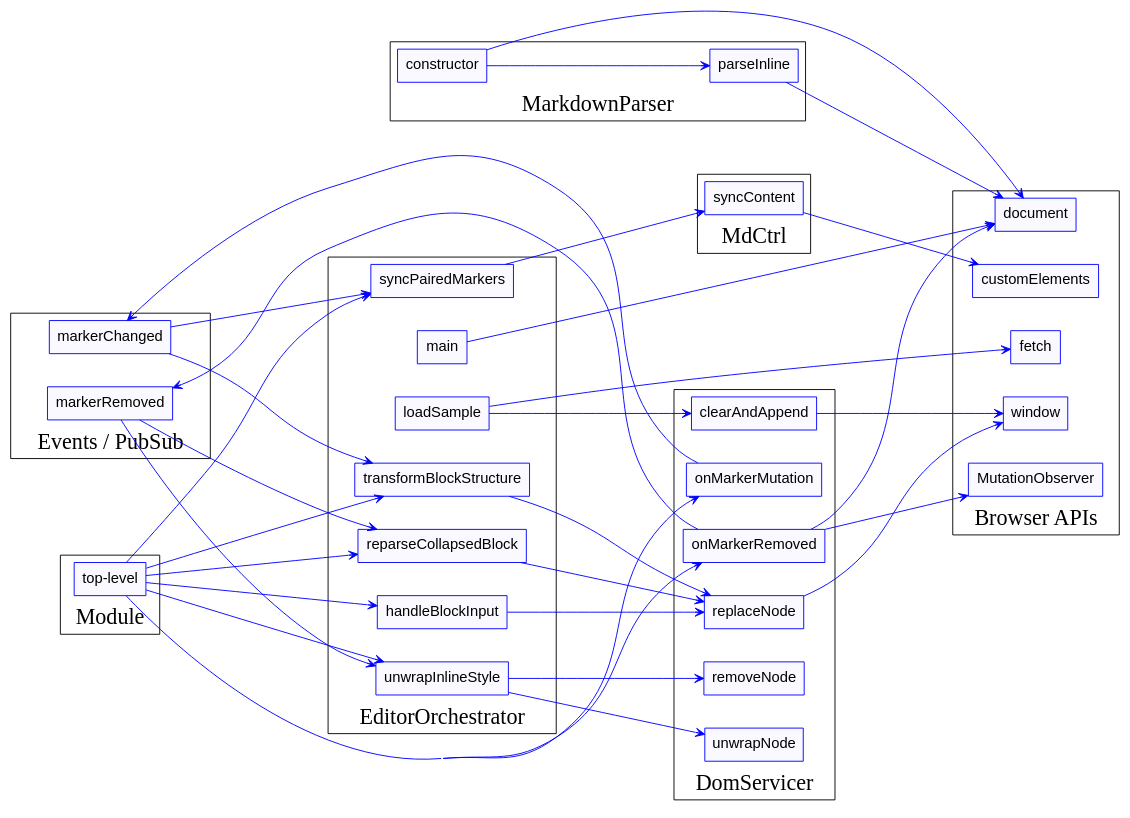
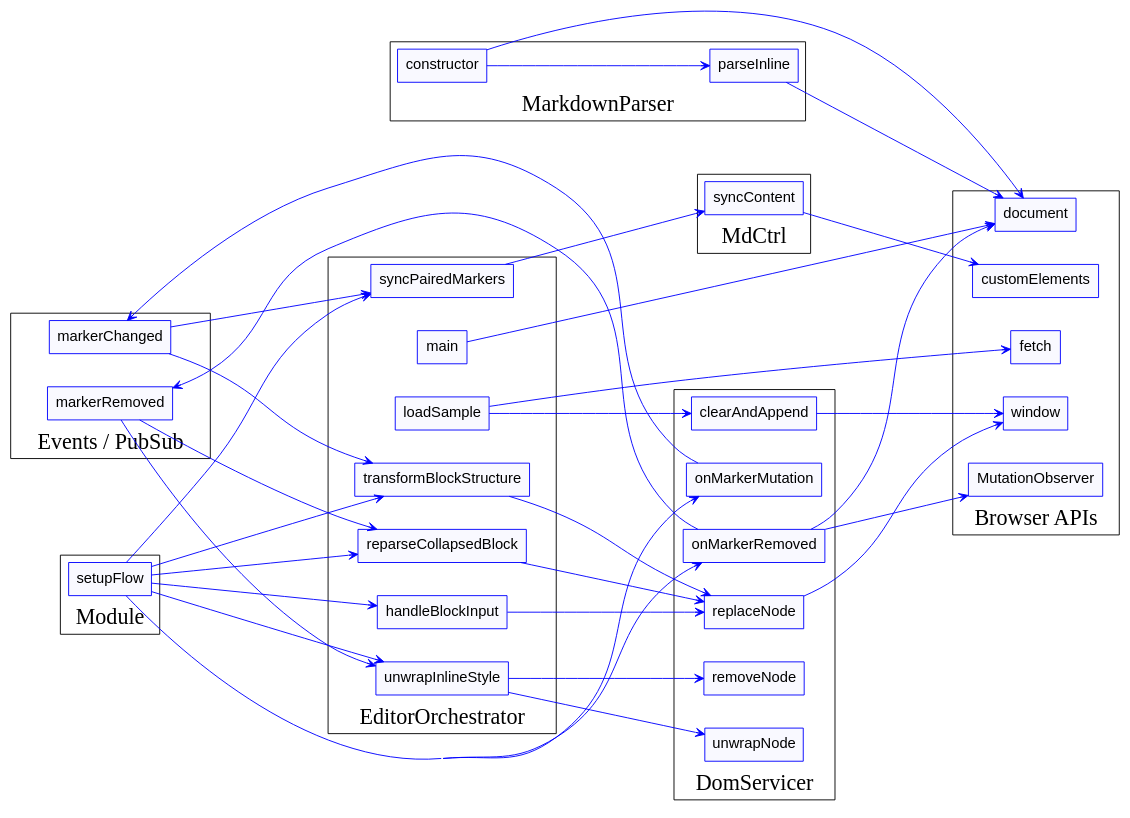
Before and after one commit to invisement/markdown-presentation: the diagram in reports/logic-graph.dot, drawn with Graphviz.

Commit message:
docs: finalize iteration 4 with polished dependency graph

```diff
--- a/reports/logic-graph.dot
+++ b/reports/logic-graph.dot
@@ -1,81 +1,81 @@
 digraph logic {
   graph [fontsize=24; rankdir="LR"; labelloc="b"; concentrate=true; overlap=false; splines=true; color=black; nodesep=0.5; ranksep=2;];
   node [shape=box, fontsize=16, color=blue, fontname="Arial", style=filled, fillcolor="#f9f9ff"];
   edge [fontsize=12, color=blue, arrowhead=vee];
 
   subgraph "cluster_EditorOrchestrator" {
     label = "EditorOrchestrator";
     "editor-orchestrator.ts:EditorOrchestrator:syncPairedMarkers" [label="syncPairedMarkers"];
     "editor-orchestrator.ts:EditorOrchestrator:transformBlockStructure" [label="transformBlockStructure"];
     "editor-orchestrator.ts:EditorOrchestrator:reparseCollapsedBlock" [label="reparseCollapsedBlock"];
     "editor-orchestrator.ts:EditorOrchestrator:unwrapInlineStyle" [label="unwrapInlineStyle"];
     "editor-orchestrator.ts:EditorOrchestrator:handleBlockInput" [label="handleBlockInput"];
     "editor-orchestrator.ts:EditorOrchestrator:loadSample" [label="loadSample"];
     "editor-orchestrator.ts:EditorOrchestrator:main" [label="main"];
   }
   subgraph "cluster_MdCtrl" {
     label = "MdCtrl";
     "dom-servicer.ts:MdCtrl:syncContent" [label="syncContent"];
   }
   subgraph "cluster_DomServicer" {
     label = "DomServicer";
     "dom-servicer.ts:DomServicer:replaceNode" [label="replaceNode"];
     "dom-servicer.ts:DomServicer:removeNode" [label="removeNode"];
     "dom-servicer.ts:DomServicer:unwrapNode" [label="unwrapNode"];
     "dom-servicer.ts:DomServicer:clearAndAppend" [label="clearAndAppend"];
     "dom-servicer.ts:DomServicer:onMarkerMutation" [label="onMarkerMutation"];
     "dom-servicer.ts:DomServicer:onMarkerRemoved" [label="onMarkerRemoved"];
   }
   subgraph "cluster_pubsub_ts_Module" {
     label = "Module";
-    "pubsub.ts:Module:top-level" [label="top-level"];
+    "pubsub.ts:Module:setupFlow" [label="setupFlow"];
   }
   subgraph "cluster_MarkdownParser" {
     label = "MarkdownParser";
     "markdown-parser.ts:MarkdownParser:constructor" [label="constructor"];
     "markdown-parser.ts:MarkdownParser:parseInline" [label="parseInline"];
   }
   subgraph cluster_events {
     label = "Events / PubSub";
     "Topic:markerChanged" [label="markerChanged"];
     "Topic:markerRemoved" [label="markerRemoved"];
   }
   subgraph cluster_browser {
     label = "Browser APIs";
     "Browser:fetch" [label="fetch"];
     "Browser:document" [label="document"];
     "Browser:customElements" [label="customElements"];
     "Browser:MutationObserver" [label="MutationObserver"];
     "Browser:window" [label="window"];
   }
   "Topic:markerChanged" -> "editor-orchestrator.ts:EditorOrchestrator:syncPairedMarkers";
   "Topic:markerChanged" -> "editor-orchestrator.ts:EditorOrchestrator:transformBlockStructure";
   "Topic:markerRemoved" -> "editor-orchestrator.ts:EditorOrchestrator:reparseCollapsedBlock";
   "Topic:markerRemoved" -> "editor-orchestrator.ts:EditorOrchestrator:unwrapInlineStyle";
   "dom-servicer.ts:DomServicer:clearAndAppend" -> "Browser:window";
   "dom-servicer.ts:DomServicer:onMarkerMutation" -> "Topic:markerChanged";
   "dom-servicer.ts:DomServicer:onMarkerRemoved" -> "Browser:MutationObserver";
   "dom-servicer.ts:DomServicer:onMarkerRemoved" -> "Browser:document";
   "dom-servicer.ts:DomServicer:onMarkerRemoved" -> "Topic:markerRemoved";
   "dom-servicer.ts:DomServicer:replaceNode" -> "Browser:window";
   "dom-servicer.ts:MdCtrl:syncContent" -> "Browser:customElements";
   "editor-orchestrator.ts:EditorOrchestrator:handleBlockInput" -> "dom-servicer.ts:DomServicer:replaceNode";
   "editor-orchestrator.ts:EditorOrchestrator:loadSample" -> "Browser:fetch";
   "editor-orchestrator.ts:EditorOrchestrator:loadSample" -> "dom-servicer.ts:DomServicer:clearAndAppend";
   "editor-orchestrator.ts:EditorOrchestrator:main" -> "Browser:document";
   "editor-orchestrator.ts:EditorOrchestrator:reparseCollapsedBlock" -> "dom-servicer.ts:DomServicer:replaceNode";
   "editor-orchestrator.ts:EditorOrchestrator:syncPairedMarkers" -> "dom-servicer.ts:MdCtrl:syncContent";
   "editor-orchestrator.ts:EditorOrchestrator:transformBlockStructure" -> "dom-servicer.ts:DomServicer:replaceNode";
   "editor-orchestrator.ts:EditorOrchestrator:unwrapInlineStyle" -> "dom-servicer.ts:DomServicer:removeNode";
   "editor-orchestrator.ts:EditorOrchestrator:unwrapInlineStyle" -> "dom-servicer.ts:DomServicer:unwrapNode";
   "markdown-parser.ts:MarkdownParser:constructor" -> "Browser:document";
   "markdown-parser.ts:MarkdownParser:constructor" -> "markdown-parser.ts:MarkdownParser:parseInline";
   "markdown-parser.ts:MarkdownParser:parseInline" -> "Browser:document";
-  "pubsub.ts:Module:top-level" -> "dom-servicer.ts:DomServicer:onMarkerMutation";
-  "pubsub.ts:Module:top-level" -> "dom-servicer.ts:DomServicer:onMarkerRemoved";
-  "pubsub.ts:Module:top-level" -> "editor-orchestrator.ts:EditorOrchestrator:handleBlockInput";
-  "pubsub.ts:Module:top-level" -> "editor-orchestrator.ts:EditorOrchestrator:reparseCollapsedBlock";
-  "pubsub.ts:Module:top-level" -> "editor-orchestrator.ts:EditorOrchestrator:syncPairedMarkers";
-  "pubsub.ts:Module:top-level" -> "editor-orchestrator.ts:EditorOrchestrator:transformBlockStructure";
-  "pubsub.ts:Module:top-level" -> "editor-orchestrator.ts:EditorOrchestrator:unwrapInlineStyle";
+  "pubsub.ts:Module:setupFlow" -> "dom-servicer.ts:DomServicer:onMarkerMutation";
+  "pubsub.ts:Module:setupFlow" -> "dom-servicer.ts:DomServicer:onMarkerRemoved";
+  "pubsub.ts:Module:setupFlow" -> "editor-orchestrator.ts:EditorOrchestrator:handleBlockInput";
+  "pubsub.ts:Module:setupFlow" -> "editor-orchestrator.ts:EditorOrchestrator:reparseCollapsedBlock";
+  "pubsub.ts:Module:setupFlow" -> "editor-orchestrator.ts:EditorOrchestrator:syncPairedMarkers";
+  "pubsub.ts:Module:setupFlow" -> "editor-orchestrator.ts:EditorOrchestrator:transformBlockStructure";
+  "pubsub.ts:Module:setupFlow" -> "editor-orchestrator.ts:EditorOrchestrator:unwrapInlineStyle";
 }
```
